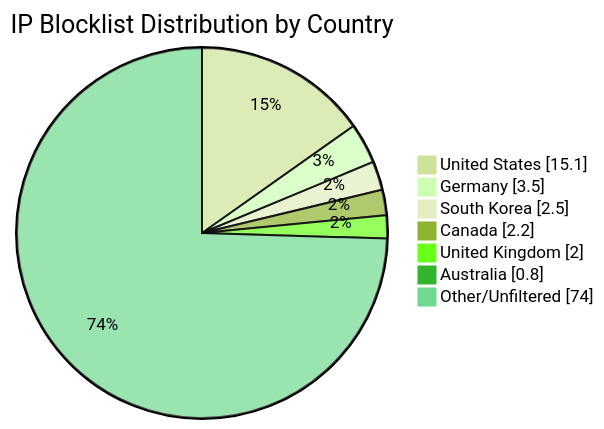
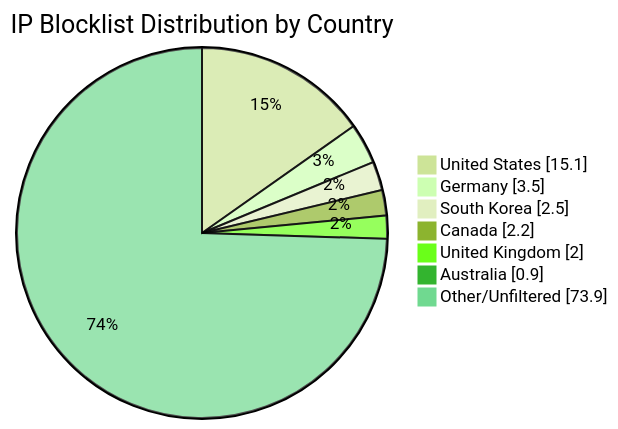
Before and after one commit to MarcusHoltz/ipblocklist-geofiltered-aggregator: the diagram in README.md, drawn with Mermaid (forest theme). The commit also changed other lines of this file and 9 other files, not shown here.

````diff
--- a/README.md
+++ b/README.md
@@ -34,10 +34,10 @@
 ```mermaid
 pie showData title IP Blocklist Distribution by Country
 "United States" : 15.1
 "Germany" : 3.5
 "South Korea" : 2.5
 "Canada" : 2.2
 "United Kingdom" : 2.0
-"Australia" : 0.8
-"Other/Unfiltered" : 74.0
+"Australia" : 0.9
+"Other/Unfiltered" : 73.9
 ```
````
